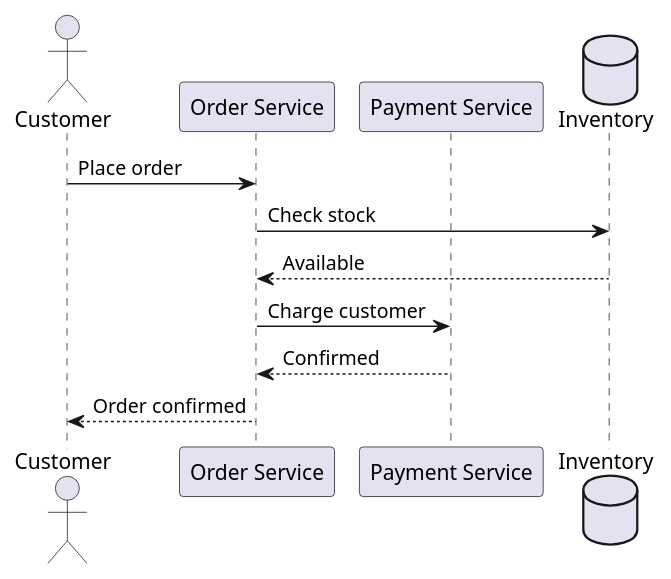
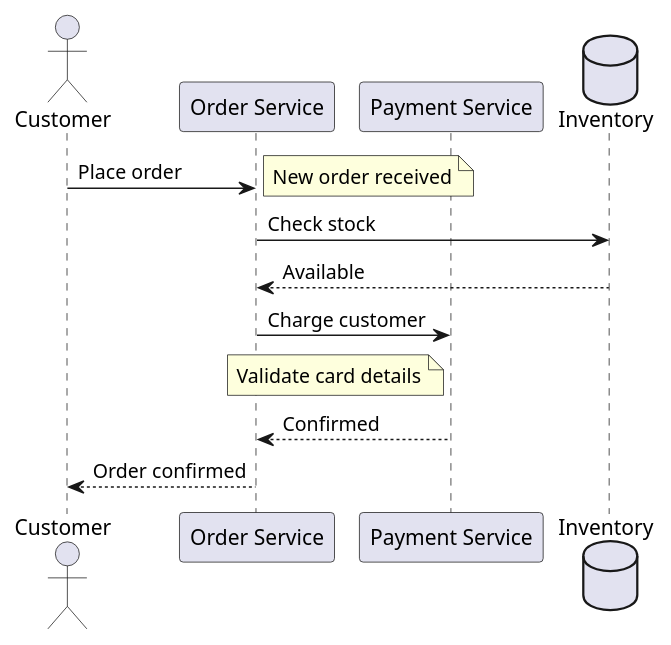
One commit to AVATEAM-IT-SYSTEMHAUS/mkdocs-kroki-plugin changed the first of 9 diagrams in playground/docs/styles.md. Above: the diagram before and after it, drawn with PlantUML. The commit also changed other lines of this file and 4 other files, not shown here.

````diff
--- a/playground/docs/styles.md
+++ b/playground/docs/styles.md
@@ -31,15 +41,17 @@
 ```plantuml
 @startuml
 actor Customer
 participant "Order Service" as Order
 participant "Payment Service" as Payment
 database "Inventory" as Inv
 
 Customer -> Order: Place order
+note right: New order received
 Order -> Inv: Check stock
 Inv --> Order: Available
 Order -> Payment: Charge customer
+note left of Payment: Validate card details
 Payment --> Order: Confirmed
 Order --> Customer: Order confirmed
 @enduml
 ```
````
